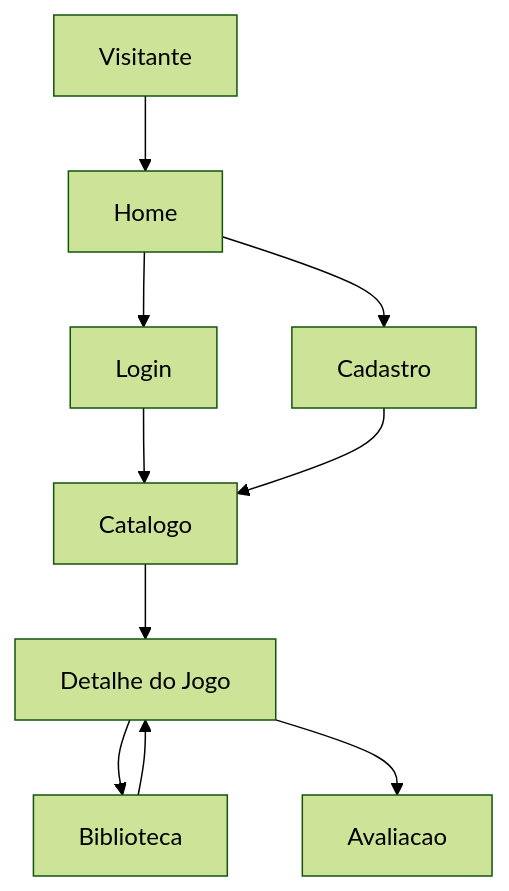
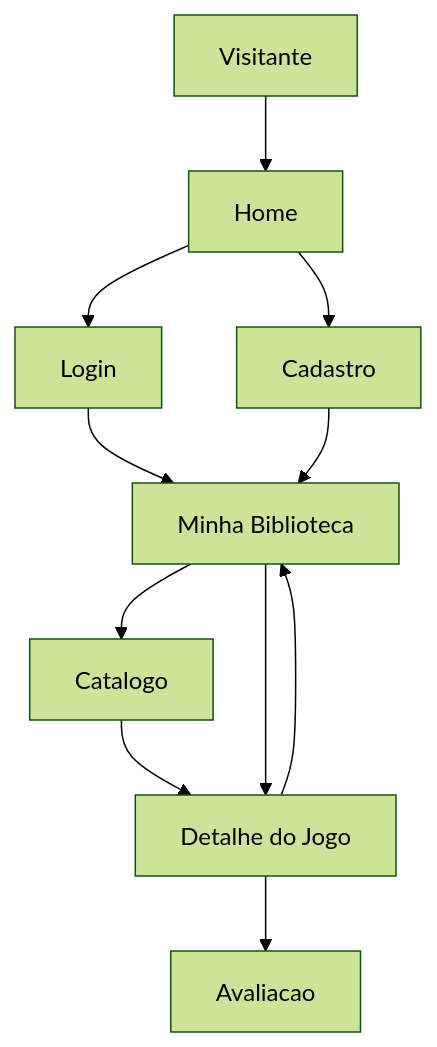
The diagram in Docs/Wiki/03 - Funcionalidades/Funcionalidades.md (barao-maua/projeto-web-semestre-gamevault), drawn with Mermaid (forest theme) before and after one commit. The commit also changed other lines of this file and 62 other files, not shown here.

````diff
--- a/Docs/Wiki/03 - Funcionalidades/Funcionalidades.md
+++ b/Docs/Wiki/03 - Funcionalidades/Funcionalidades.md
@@ -46,12 +49,13 @@
 ```mermaid
 graph TD
     Visitante[Visitante] --> Home[Home]
     Home --> Cadastro[Cadastro]
     Home --> Login[Login]
-    Login --> Catalogo[Catalogo]
-    Cadastro --> Catalogo
+    Login --> Biblioteca[Minha Biblioteca]
+    Cadastro --> Biblioteca
+    Biblioteca --> Catalogo[Catalogo]
     Catalogo --> Detalhe[Detalhe do Jogo]
-    Detalhe --> Biblioteca[Biblioteca]
+    Detalhe --> Biblioteca
     Detalhe --> Review[Avaliacao]
     Biblioteca --> Detalhe
 ```
````
